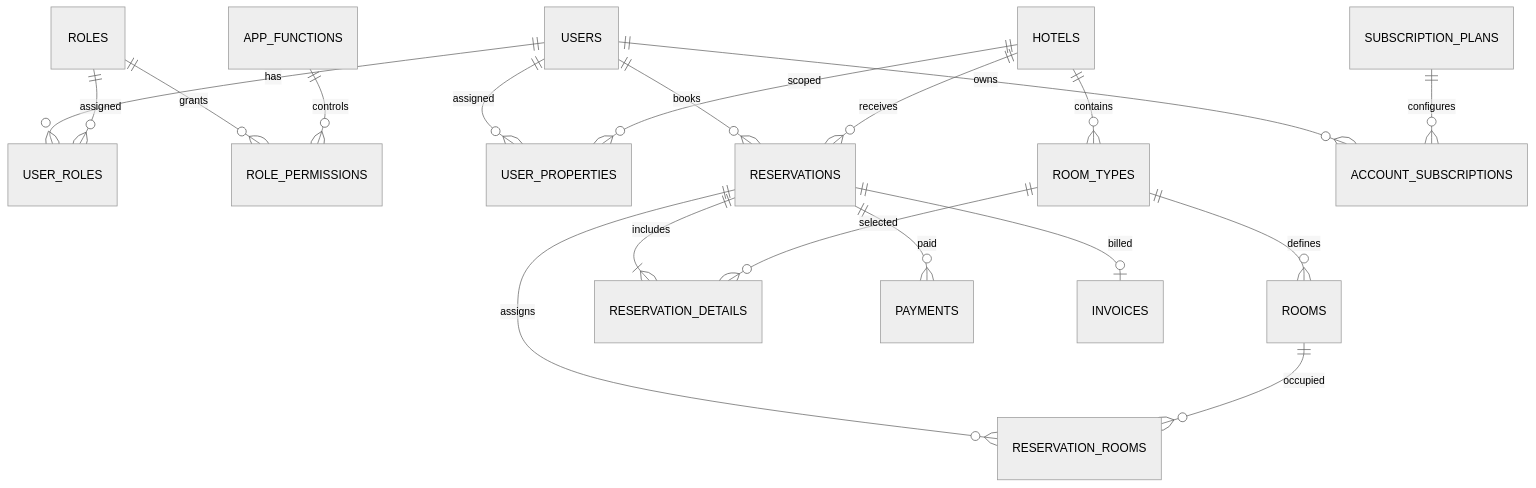
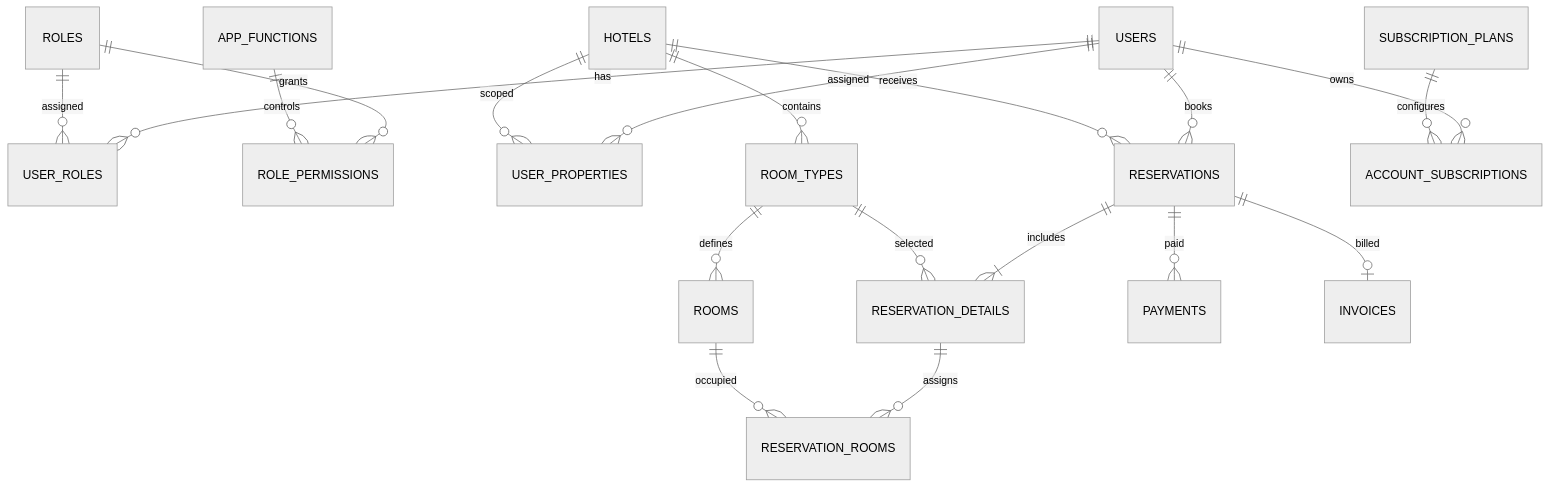
Before and after one commit to GinNgo/He-thong-quan-ly-khach-san: the fifth of 8 diagrams in docs/THESIS.md, drawn with Mermaid (neutral theme). The commit also changed other lines of this file and 335 other files, not shown here.

Commit message:
docs: update documentation, architecture reports and specs

````diff
--- a/docs/THESIS.md
+++ b/docs/THESIS.md
@@ -276,24 +280,24 @@
 ```mermaid
 erDiagram
     USERS ||--o{ USER_ROLES : has
     ROLES ||--o{ USER_ROLES : assigned
     ROLES ||--o{ ROLE_PERMISSIONS : grants
     APP_FUNCTIONS ||--o{ ROLE_PERMISSIONS : controls
 
     USERS ||--o{ USER_PROPERTIES : assigned
     HOTELS ||--o{ USER_PROPERTIES : scoped
     HOTELS ||--o{ ROOM_TYPES : contains
     ROOM_TYPES ||--o{ ROOMS : defines
 
     USERS ||--o{ RESERVATIONS : books
     HOTELS ||--o{ RESERVATIONS : receives
     RESERVATIONS ||--|{ RESERVATION_DETAILS : includes
     ROOM_TYPES ||--o{ RESERVATION_DETAILS : selected
-    RESERVATIONS ||--o{ RESERVATION_ROOMS : assigns
+    RESERVATION_DETAILS ||--o{ RESERVATION_ROOMS : assigns
     ROOMS ||--o{ RESERVATION_ROOMS : occupied
     RESERVATIONS ||--o{ PAYMENTS : paid
     RESERVATIONS ||--o| INVOICES : billed
 
     USERS ||--o{ ACCOUNT_SUBSCRIPTIONS : owns
     SUBSCRIPTION_PLANS ||--o{ ACCOUNT_SUBSCRIPTIONS : configures
 ```
````
